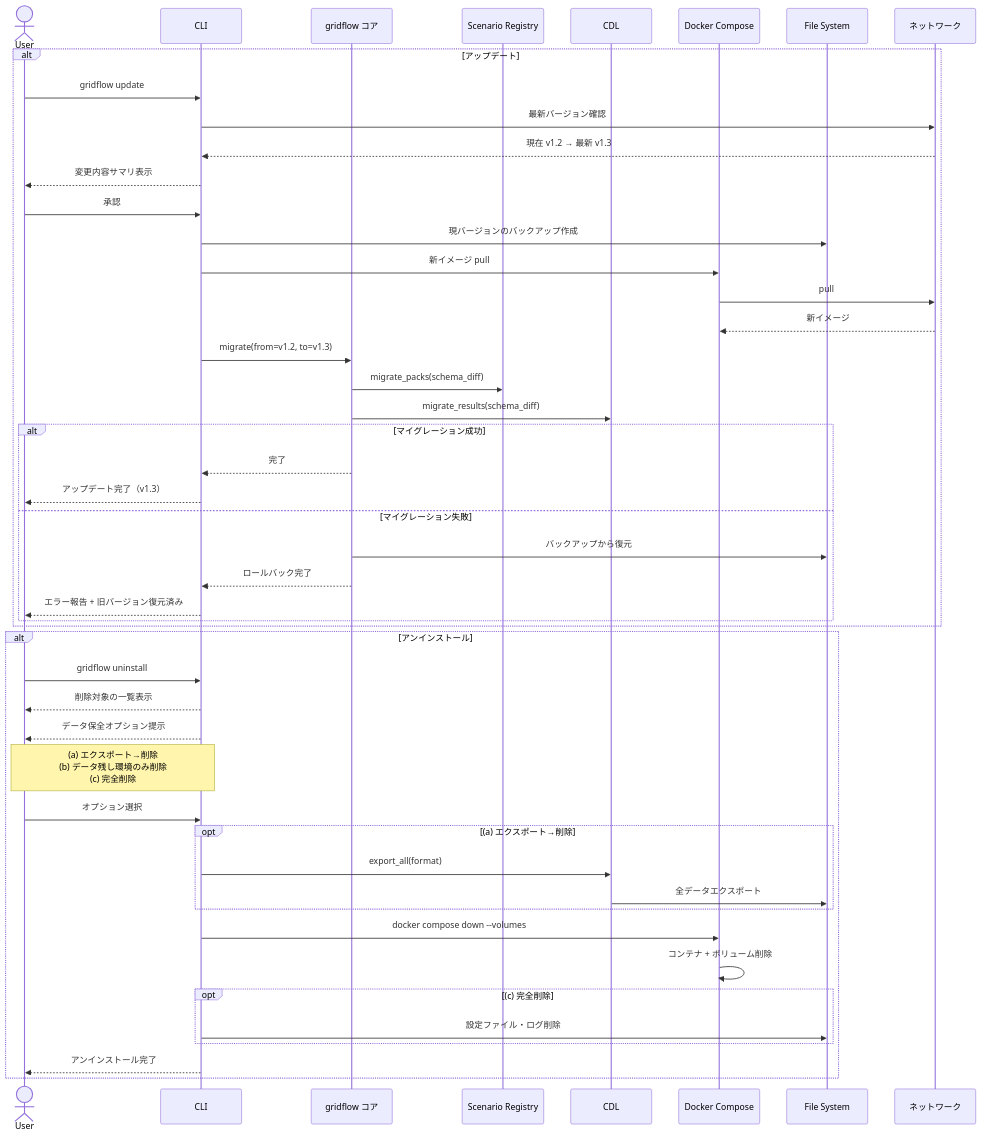
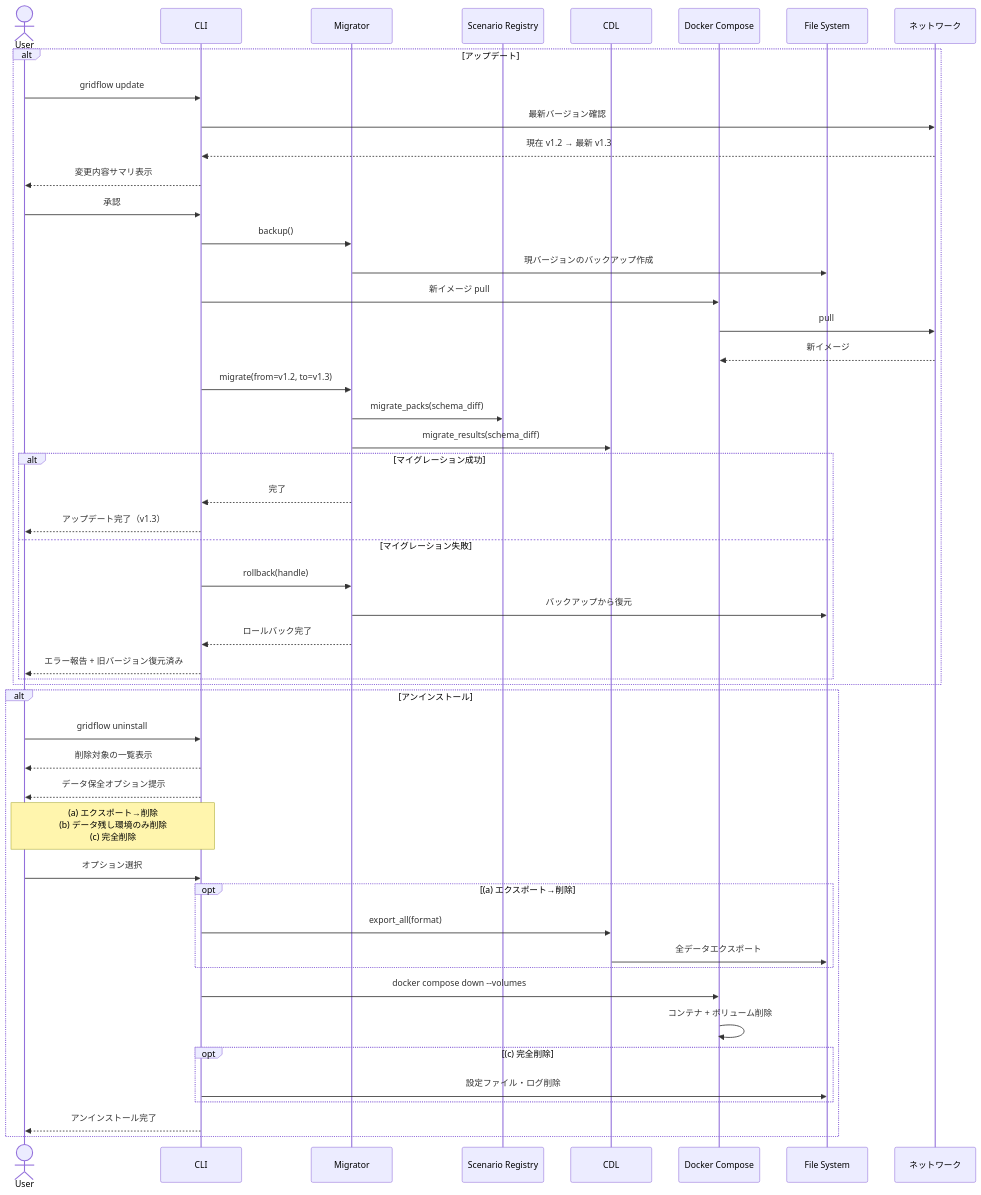
Before and after one commit to bottlenome/gridflow: diagram 13 of 15 in docs/architecture/04_dynamic_view.md, drawn with Mermaid. The commit also changed other lines of this file and 2 other files, not shown here.

````diff
--- a/docs/architecture/04_dynamic_view.md
+++ b/docs/architecture/04_dynamic_view.md
@@ -758,61 +761,63 @@
 ```mermaid
 sequenceDiagram
     actor User
     participant CLI
-    participant Core as gridflow コア
+    participant Mig as Migrator
     participant Registry as Scenario Registry
     participant CDL
     participant Docker as Docker Compose
     participant FS as File System
     participant Net as ネットワーク
 
     alt アップデート
         User->>CLI: gridflow update
         CLI->>Net: 最新バージョン確認
         Net-->>CLI: 現在 v1.2 → 最新 v1.3
         CLI-->>User: 変更内容サマリ表示
 
         User->>CLI: 承認
-        CLI->>FS: 現バージョンのバックアップ作成
+        CLI->>Mig: backup()
+        Mig->>FS: 現バージョンのバックアップ作成
         CLI->>Docker: 新イメージ pull
         Docker->>Net: pull
         Net-->>Docker: 新イメージ
 
-        CLI->>Core: migrate(from=v1.2, to=v1.3)
-        Core->>Registry: migrate_packs(schema_diff)
-        Core->>CDL: migrate_results(schema_diff)
+        CLI->>Mig: migrate(from=v1.2, to=v1.3)
+        Mig->>Registry: migrate_packs(schema_diff)
+        Mig->>CDL: migrate_results(schema_diff)
 
         alt マイグレーション成功
-            Core-->>CLI: 完了
+            Mig-->>CLI: 完了
             CLI-->>User: アップデート完了（v1.3）
         else マイグレーション失敗
-            Core->>FS: バックアップから復元
-            Core-->>CLI: ロールバック完了
+            CLI->>Mig: rollback(handle)
+            Mig->>FS: バックアップから復元
+            Mig-->>CLI: ロールバック完了
             CLI-->>User: エラー報告 + 旧バージョン復元済み
         end
     end
 
     alt アンインストール
         User->>CLI: gridflow uninstall
         CLI-->>User: 削除対象の一覧表示
 
         CLI-->>User: データ保全オプション提示
         Note over User,CLI: (a) エクスポート→削除<br>(b) データ残し環境のみ削除<br>(c) 完全削除
 
         User->>CLI: オプション選択
 
         opt (a) エクスポート→削除
             CLI->>CDL: export_all(format)
             CDL->>FS: 全データエクスポート
         end
 
         CLI->>Docker: docker compose down --volumes
         Docker->>Docker: コンテナ + ボリューム削除
 
         opt (c) 完全削除
             CLI->>FS: 設定ファイル・ログ削除
         end
 
         CLI-->>User: アンインストール完了
     end
 ```
````
